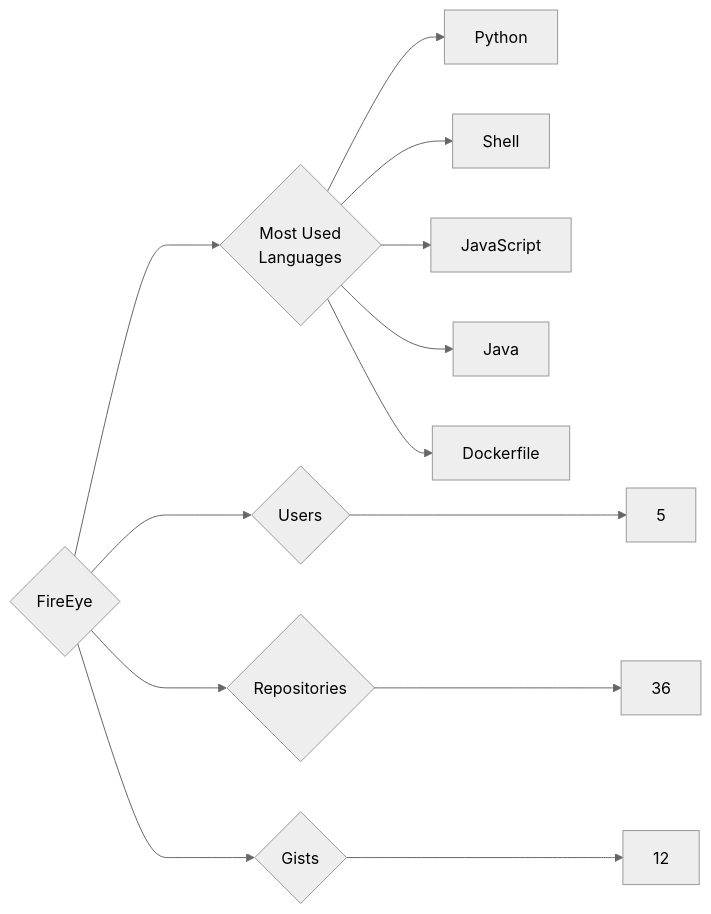
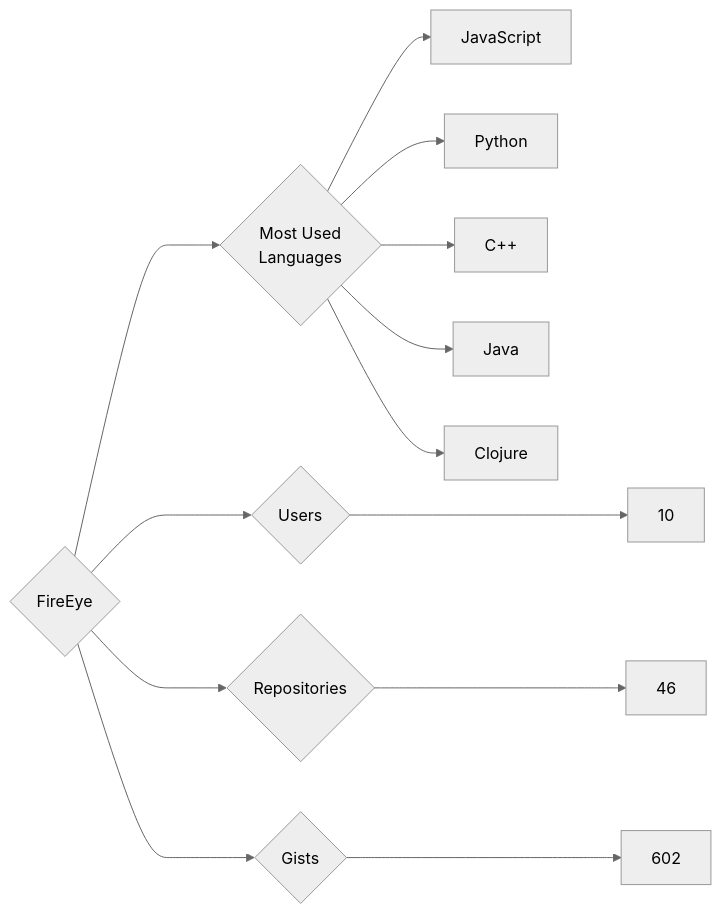
Before and after one commit to trickest/insiders: the diagram in targets/FireEye/README.md, drawn with Mermaid (neutral theme). The commit also changed 611 other files, not shown here.

````diff
--- a/targets/FireEye/README.md
+++ b/targets/FireEye/README.md
@@ -3,13 +3,13 @@
 ```mermaid
 graph LR
 COMPANY_NAME{FireEye}
-COMPANY_NAME ---> U{Users} ---> UN[5]
-COMPANY_NAME ---> R{Repositories} ---> RN[36]
-COMPANY_NAME ---> G{Gists} ---> GN[12]
+COMPANY_NAME ---> U{Users} ---> UN[10]
+COMPANY_NAME ---> R{Repositories} ---> RN[46]
+COMPANY_NAME ---> G{Gists} ---> GN[602]
 COMPANY_NAME ---> ML{Most Used<br>Languages}
+ML --> JavaScript[JavaScript]
 ML --> Python[Python]
-ML --> Shell[Shell]
-ML --> JavaScript[JavaScript]
+ML --> C++[C++]
 ML --> Java[Java]
-ML --> Dockerfile[Dockerfile]
+ML --> Clojure[Clojure]
 ```
````
